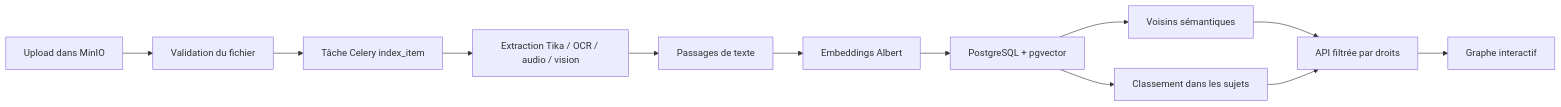
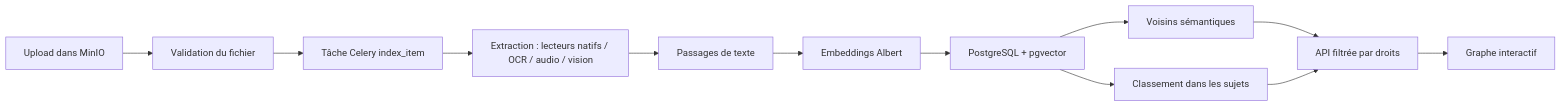
One commit to Bouly/drive changed the diagram in src/backend/graph/README.md. Above: the diagram before and after it, drawn with Mermaid. The commit also changed 9 other files, not shown here.

First line of the commit message:
🔥(graph) retirer le serveur Tika

````diff
--- a/src/backend/graph/README.md
+++ b/src/backend/graph/README.md
@@ -10,14 +10,14 @@
 ```mermaid
 flowchart LR
     A[Upload dans MinIO] --> B[Validation du fichier]
     B --> C[Tâche Celery index_item]
-    C --> D[Extraction Tika / OCR / audio / vision]
+    C --> D[Extraction : lecteurs natifs / OCR / audio / vision]
     D --> E[Passages de texte]
     E --> F[Embeddings Albert]
     F --> G[PostgreSQL + pgvector]
     G --> H[Voisins sémantiques]
     G --> I[Classement dans les sujets]
     H --> J[API filtrée par droits]
     I --> J
     J --> K[Graphe interactif]
 ```
````
